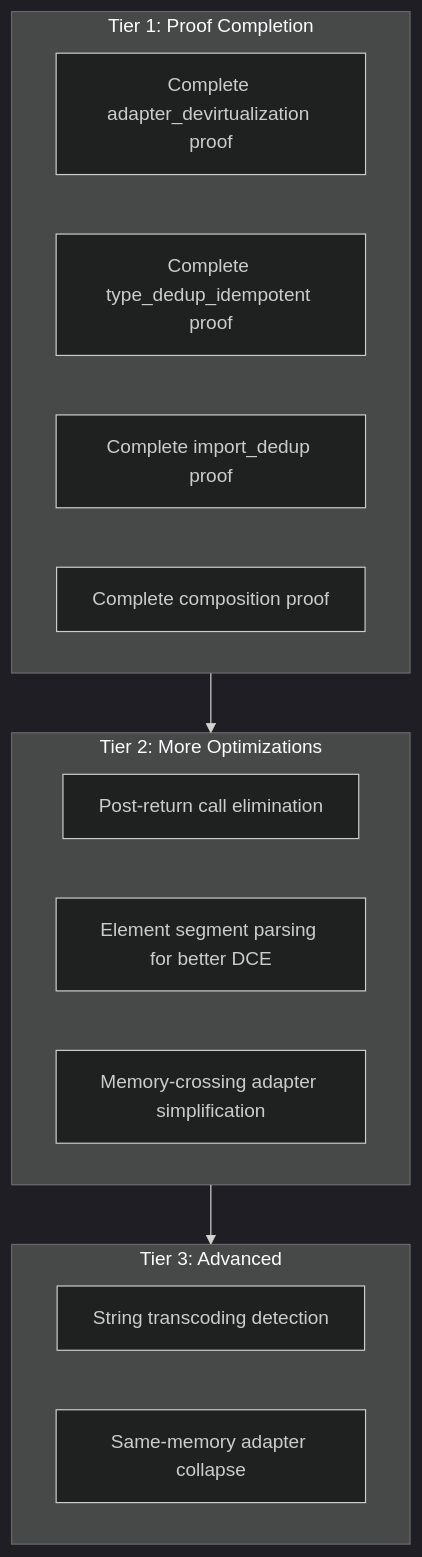
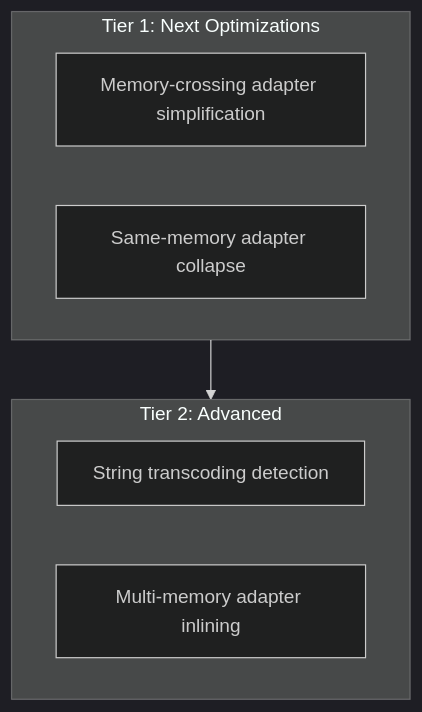
The eighth of 8 diagrams in docs/design/fused-component-optimization.md (pulseengine/loom), drawn with Mermaid (dark theme) before and after one commit. The commit also changed other lines of this file, not shown here.

````diff
--- a/docs/design/fused-component-optimization.md
+++ b/docs/design/fused-component-optimization.md
@@ -320,22 +346,14 @@
 ```mermaid
 flowchart TD
-    subgraph tier1["Tier 1: Proof Completion"]
-        P1["Complete adapter_devirtualization proof"]
-        P2["Complete type_dedup_idempotent proof"]
-        P3["Complete import_dedup proof"]
-        P4["Complete composition proof"]
+    subgraph tier1["Tier 1: Next Optimizations"]
+        T1["Memory-crossing adapter simplification"]
+        T2["Same-memory adapter collapse"]
     end
 
-    subgraph tier2["Tier 2: More Optimizations"]
-        T1["Post-return call elimination"]
-        T2["Element segment parsing for better DCE"]
-        T3["Memory-crossing adapter simplification"]
+    subgraph tier2["Tier 2: Advanced"]
+        A1["String transcoding detection"]
+        A2["Multi-memory adapter inlining"]
     end
 
-    subgraph tier3["Tier 3: Advanced"]
-        A1["String transcoding detection"]
-        A2["Same-memory adapter collapse"]
-    end
-
-    tier1 --> tier2 --> tier3
+    tier1 --> tier2
 ```
````
